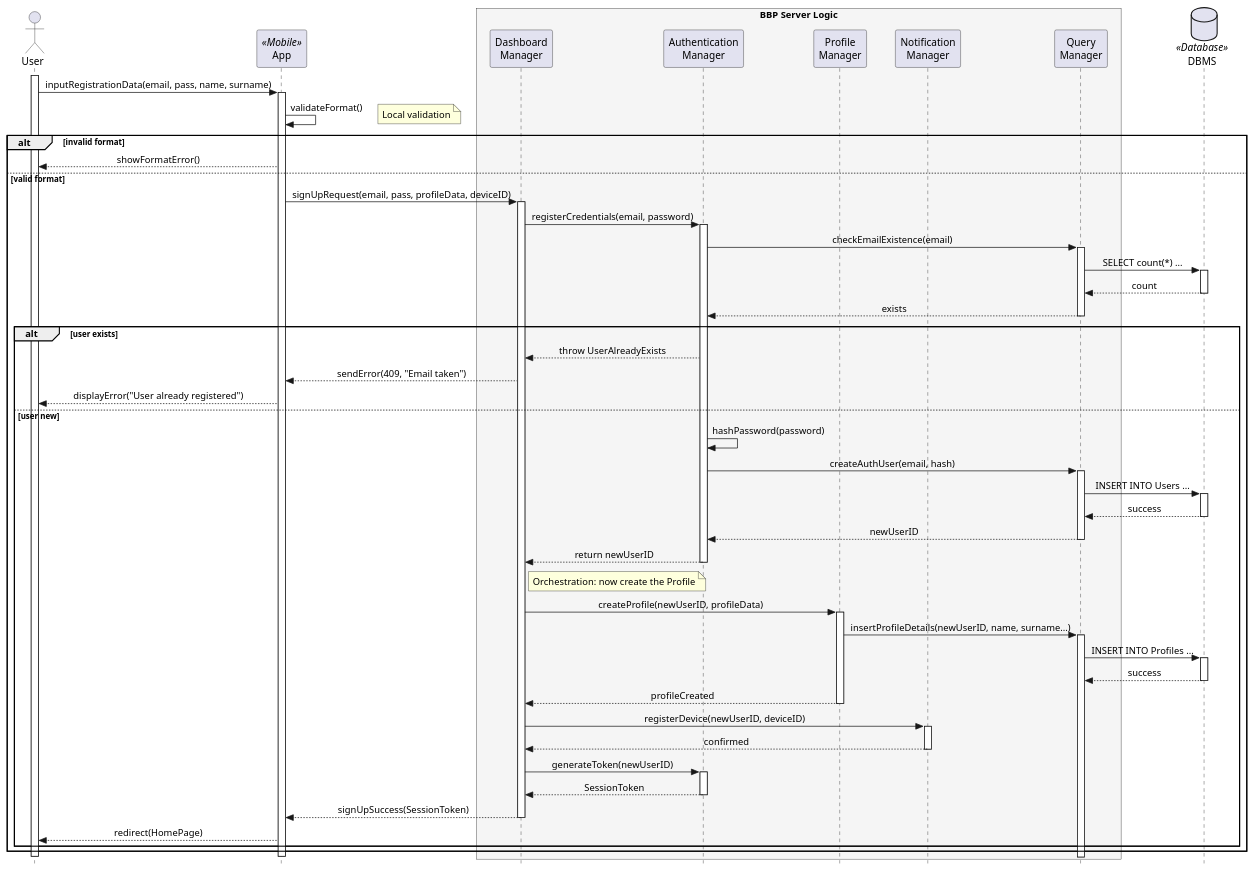
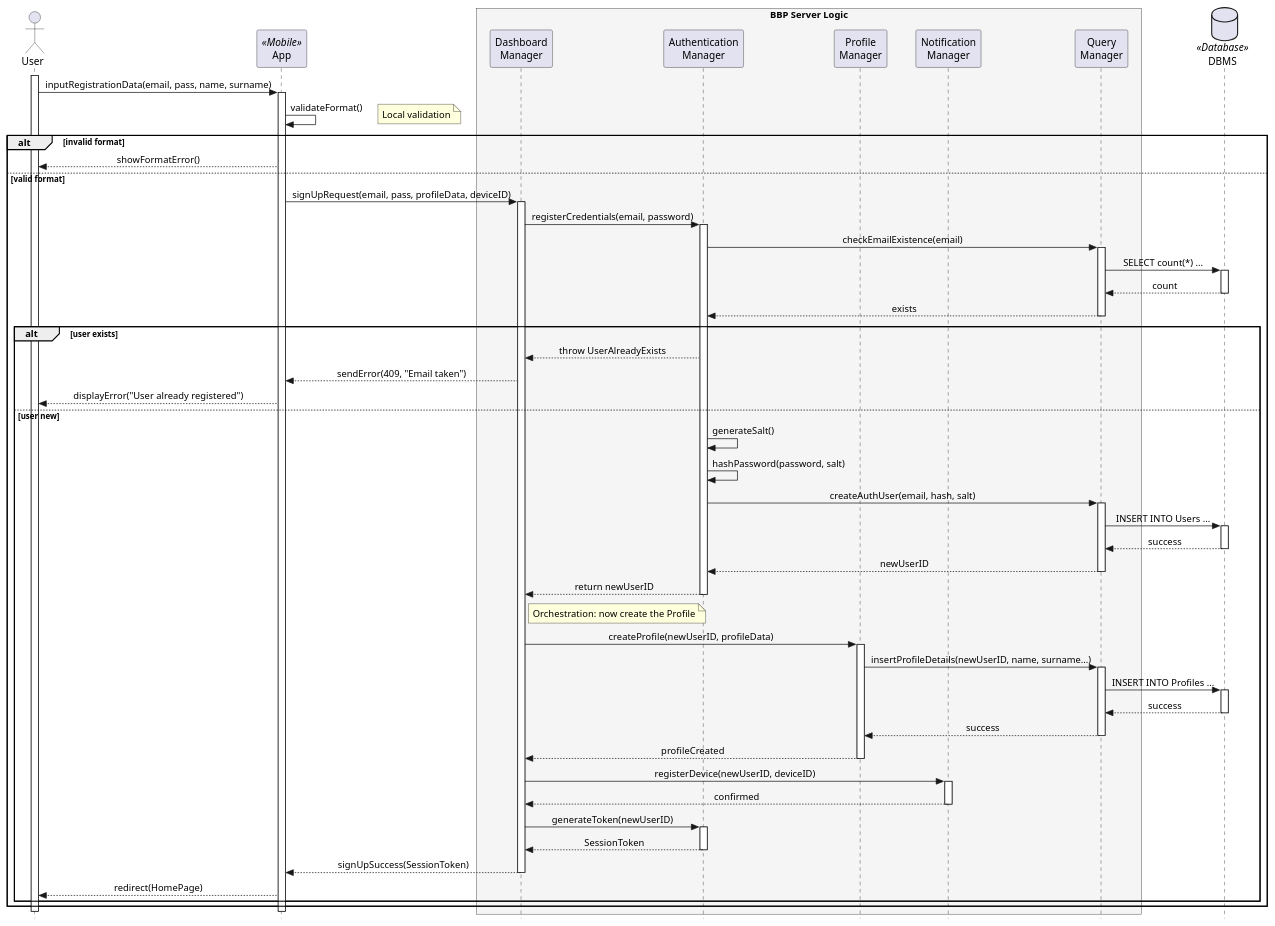
One commit to ABurato26/BuratoCrimellaFaccini changed the diagram in DD/sequence_diagrams/signup.plantuml. Above: the diagram before and after it, drawn with PlantUML. The commit also changed 8 other files, not shown here.

Commit message:
a little change in the diagrams

```diff
--- a/DD/sequence_diagrams/signup.plantuml
+++ b/DD/sequence_diagrams/signup.plantuml
@@ -1,97 +1,98 @@
 @startuml
 skinparam style strictuml
 skinparam sequenceMessageAlign center
 skinparam maxMessageSize 350
 skinparam ParticipantPadding 15
 skinparam BoxPadding 10
 
 actor "User" as user
 participant "App" as app <<Mobile>>
 box "BBP Server Logic" #F5F5F5
     participant "Dashboard\nManager" as dashMan
     participant "Authentication\nManager" as authMan
     participant "Profile\nManager" as profMan
     participant "Notification\nManager" as notifMan
     participant "Query\nManager" as queryMan
 end box
 database "DBMS" as db <<Database>>
 
 activate user
 user -> app : inputRegistrationData(email, pass, name, surname)
 activate app
 
 app -> app : validateFormat()
 note right: Local validation
 
 alt invalid format
     app --> user : showFormatError()
 else valid format
-    ' Request includes credential data AND profile data
     app -> dashMan : signUpRequest(email, pass, profileData, deviceID)
     activate dashMan
 
-    ' STEP 1: CREATE AUTH CREDENTIALS
     dashMan -> authMan : registerCredentials(email, password)
     activate authMan
     
     authMan -> queryMan : checkEmailExistence(email)
     activate queryMan
     queryMan -> db : SELECT count(*) ...
     activate db
     db --> queryMan : count
     deactivate db
     queryMan --> authMan : exists
     deactivate queryMan
 
     alt user exists
         authMan --> dashMan : throw UserAlreadyExists
         dashMan --> app : sendError(409, "Email taken")
         app --> user : displayError("User already registered")
     else user new
-        authMan -> authMan : hashPassword(password)
-        authMan -> queryMan : createAuthUser(email, hash)
+        authMan -> authMan : generateSalt()
+        authMan -> authMan : hashPassword(password, salt)
+        
+        authMan -> queryMan : createAuthUser(email, hash, salt)
         activate queryMan
         queryMan -> db : INSERT INTO Users ...
         activate db
         db --> queryMan : success
         deactivate db
         queryMan --> authMan : newUserID
         deactivate queryMan
         
         authMan --> dashMan : return newUserID
         deactivate authMan
 
-        ' STEP 2: INITIALIZE PROFILE (The missing part)
         note right of dashMan: Orchestration: now create the Profile
         dashMan -> profMan : createProfile(newUserID, profileData)
         activate profMan
         profMan -> queryMan : insertProfileDetails(newUserID, name, surname...)
         activate queryMan
         queryMan -> db : INSERT INTO Profiles ...
         activate db
         db --> queryMan : success
         deactivate db
+        
+        queryMan --> profMan : success
+        deactivate queryMan
+        
         profMan --> dashMan : profileCreated
         deactivate profMan
 
-        ' STEP 3: REGISTER DEVICE & AUTO-LOGIN
         dashMan -> notifMan : registerDevice(newUserID, deviceID)
         activate notifMan
         notifMan --> dashMan : confirmed
         deactivate notifMan
         
-        ' Generate Token for immediate access
         dashMan -> authMan : generateToken(newUserID)
         activate authMan
         authMan --> dashMan : SessionToken
         deactivate authMan
 
         dashMan --> app : signUpSuccess(SessionToken)
         deactivate dashMan
 
         app --> user : redirect(HomePage)
     end
 end
 deactivate app
 deactivate user
 @enduml
```
